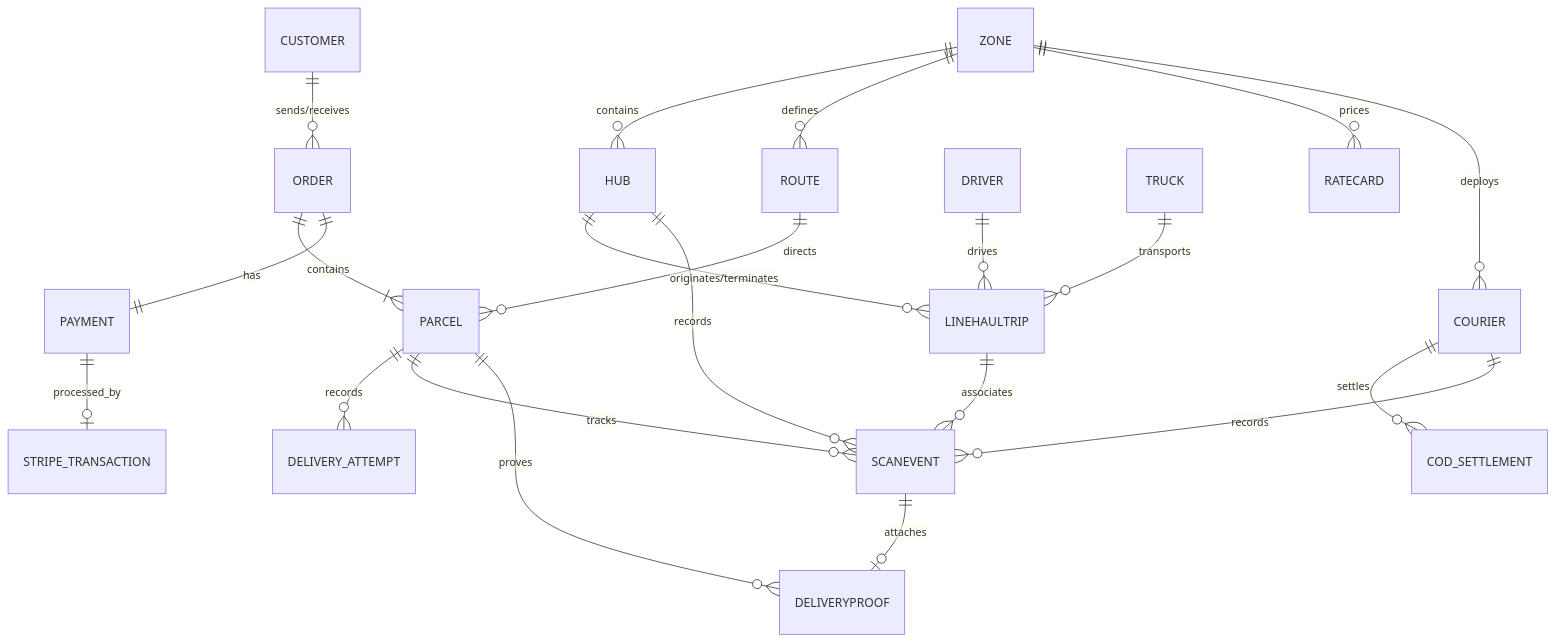
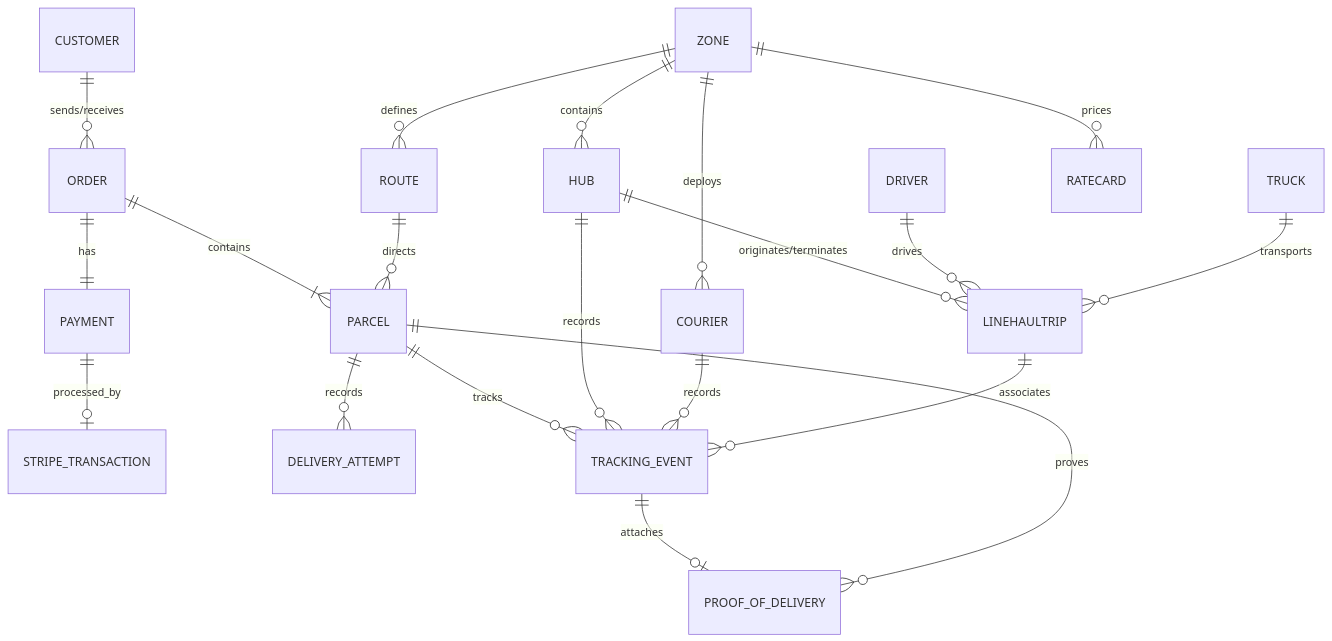
One commit to dunguyen-311201/nestjs changed the diagram in shipping-system/docs/01-ERD.md. Above: the diagram before and after it, drawn with Mermaid. The commit also changed other lines of this file and 9 other files, not shown here.

````diff
--- a/shipping-system/docs/01-ERD.md
+++ b/shipping-system/docs/01-ERD.md
@@ -9,23 +9,22 @@
 ```mermaid
 erDiagram
     CUSTOMER ||--o{ ORDER : "sends/receives"
     ORDER ||--|{ PARCEL : "contains"
     ORDER ||--|| PAYMENT : "has"
     PAYMENT ||--o| STRIPE_TRANSACTION : "processed_by"
     PARCEL ||--o{ DELIVERY_ATTEMPT : "records"
-    PARCEL ||--o{ SCANEVENT : "tracks"
-    COURIER ||--o{ COD_SETTLEMENT : "settles"
+    PARCEL ||--o{ TRACKING_EVENT : "tracks"
     ROUTE ||--o{ PARCEL : "directs"
     HUB ||--o{ LINEHAULTRIP : "originates/terminates"
     DRIVER ||--o{ LINEHAULTRIP : "drives"
     TRUCK ||--o{ LINEHAULTRIP : "transports"
     ZONE ||--o{ HUB : "contains"
     ZONE ||--o{ ROUTE : "defines"
     ZONE ||--o{ RATECARD : "prices"
     ZONE ||--o{ COURIER : "deploys"
-    SCANEVENT ||--o| DELIVERYPROOF : "attaches"
-    PARCEL ||--o{ DELIVERYPROOF : "proves"
-    HUB ||--o{ SCANEVENT : "records"
-    COURIER ||--o{ SCANEVENT : "records"
-    LINEHAULTRIP ||--o{ SCANEVENT : "associates"
+    TRACKING_EVENT ||--o| PROOF_OF_DELIVERY : "attaches"
+    PARCEL ||--o{ PROOF_OF_DELIVERY : "proves"
+    HUB ||--o{ TRACKING_EVENT : "records"
+    COURIER ||--o{ TRACKING_EVENT : "records"
+    LINEHAULTRIP ||--o{ TRACKING_EVENT : "associates"
 ```
````
